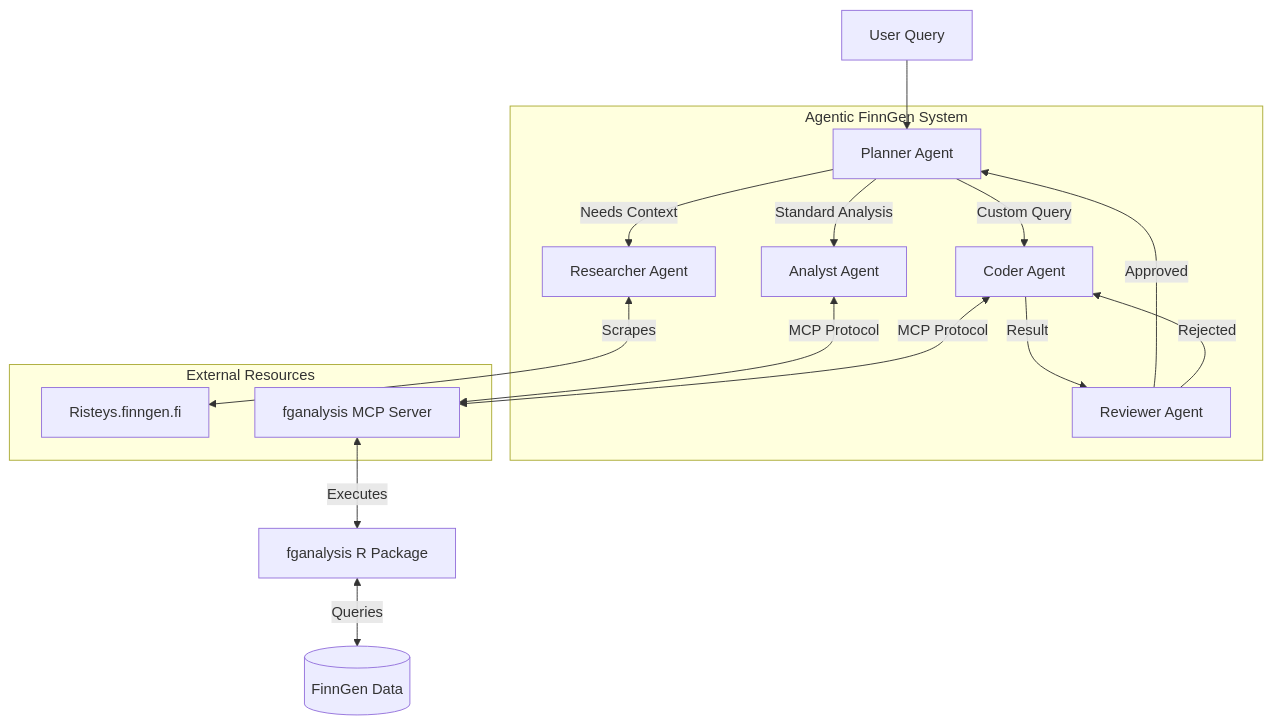
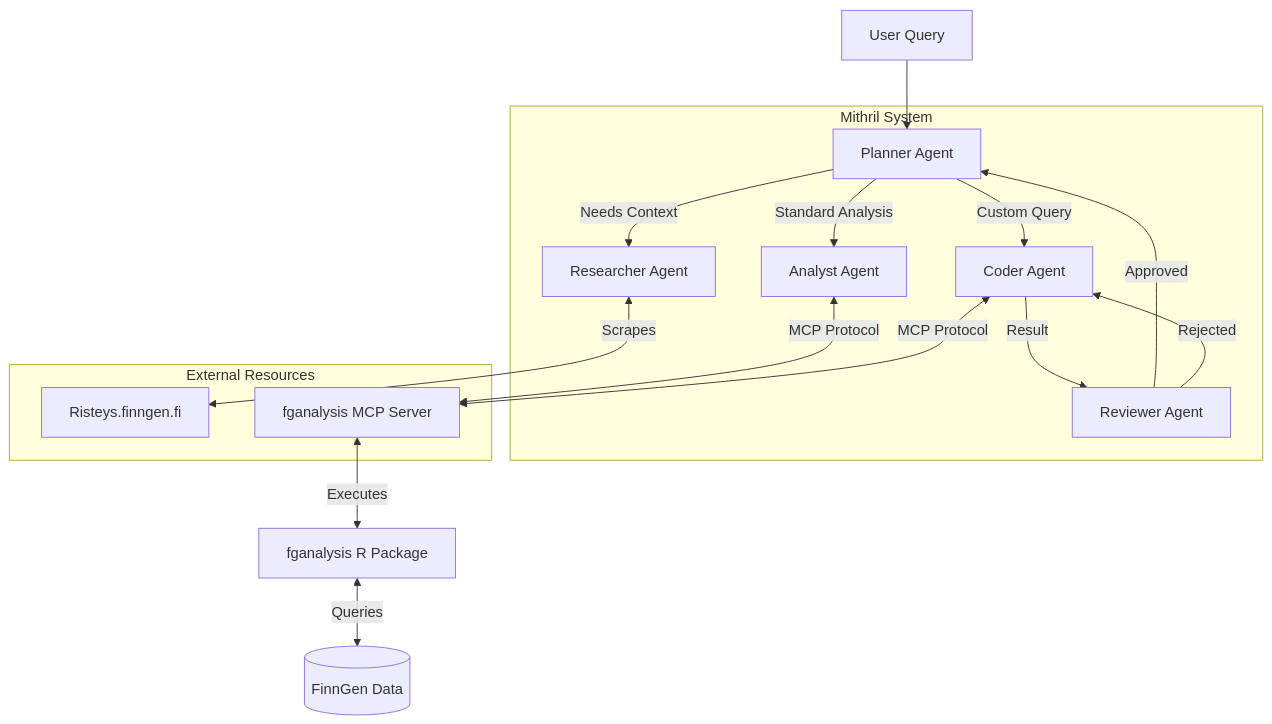
One commit to RezaJF/agentic_FinnGen changed the diagram in submission/writeup.md. Above: the diagram before and after it, drawn with Mermaid. The commit also changed other lines of this file, not shown here.

````diff
--- a/submission/writeup.md
+++ b/submission/writeup.md
@@ -55,23 +34,23 @@
 ```mermaid
 graph TD
     User[User Query] --> Planner[Planner Agent]
     
-    subgraph "Agentic FinnGen System"
+    subgraph "Mithril System"
         Planner -->|Needs Context| Researcher[Researcher Agent]
         Planner -->|Standard Analysis| Analyst[Analyst Agent]
         Planner -->|Custom Query| Coder[Coder Agent]
         
         Coder -->|Result| Reviewer[Reviewer Agent]
         Reviewer -->|Approved| Planner
         Reviewer -->|Rejected| Coder
     end
     
     subgraph "External Resources"
         Researcher <-->|Scrapes| Risteys[Risteys.finngen.fi]
         Analyst <-->|MCP Protocol| MCPServer[fganalysis MCP Server]
         Coder <-->|MCP Protocol| MCPServer
     end
     
     MCPServer <-->|Executes| RPackage[fganalysis R Package]
     RPackage <-->|Queries| Data[(FinnGen Data)]
 ```
````
